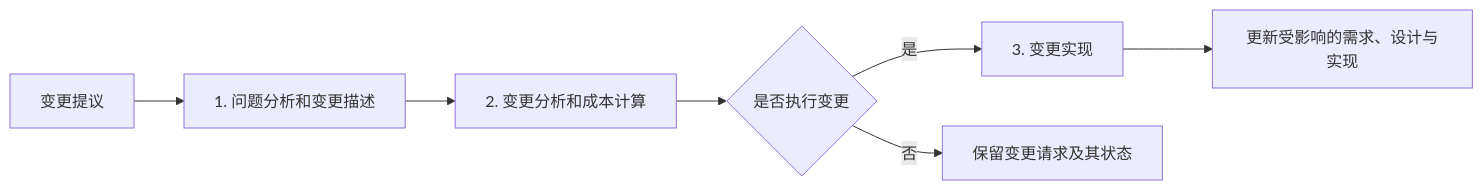
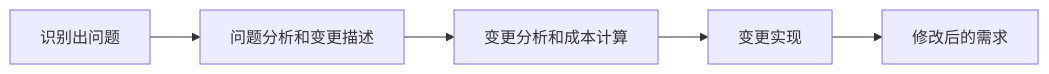
One commit to YoungHong1992/ruankao-senior-architecture-designer changed the sixth of 7 diagrams in 01.系统架构设计师教材-清洗版/第05章-软件工程基础知识.md. Above: the diagram before and after it, drawn with Mermaid. The commit also changed other lines of this file and 14 other files, not shown here.

Commit message:
fix: restore source-backed diagrams and exam variants

````diff
--- a/01.系统架构设计师教材-清洗版/第05章-软件工程基础知识.md
+++ b/01.系统架构设计师教材-清洗版/第05章-软件工程基础知识.md
@@ -475,9 +498,7 @@
 ```mermaid
 flowchart LR
-    Proposal["变更提议"] --> Describe["1. 问题分析和变更描述"]
-    Describe --> Cost["2. 变更分析和成本计算"]
-    Cost --> Decision{"是否执行变更"}
-    Decision -->|"是"| Implement["3. 变更实现"]
-    Decision -->|"否"| Retain["保留变更请求及其状态"]
-    Implement --> Updated["更新受影响的需求、设计与实现"]
+    Identify["识别出问题"] --> Describe["问题分析和变更描述"]
+    Describe --> Cost["变更分析和成本计算"]
+    Cost --> Implement["变更实现"]
+    Implement --> Updated["修改后的需求"]
 ```
````
